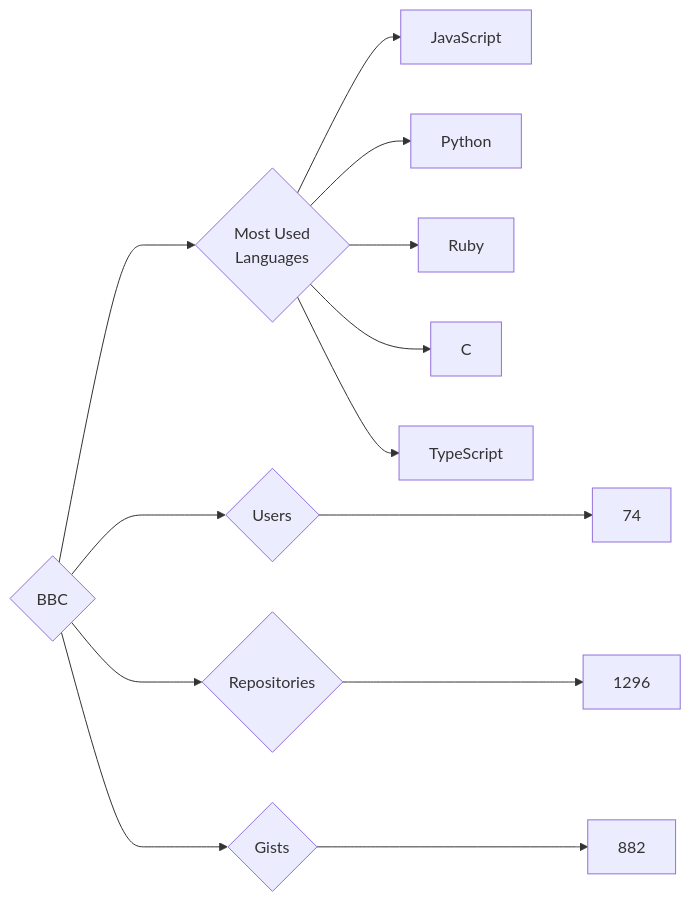
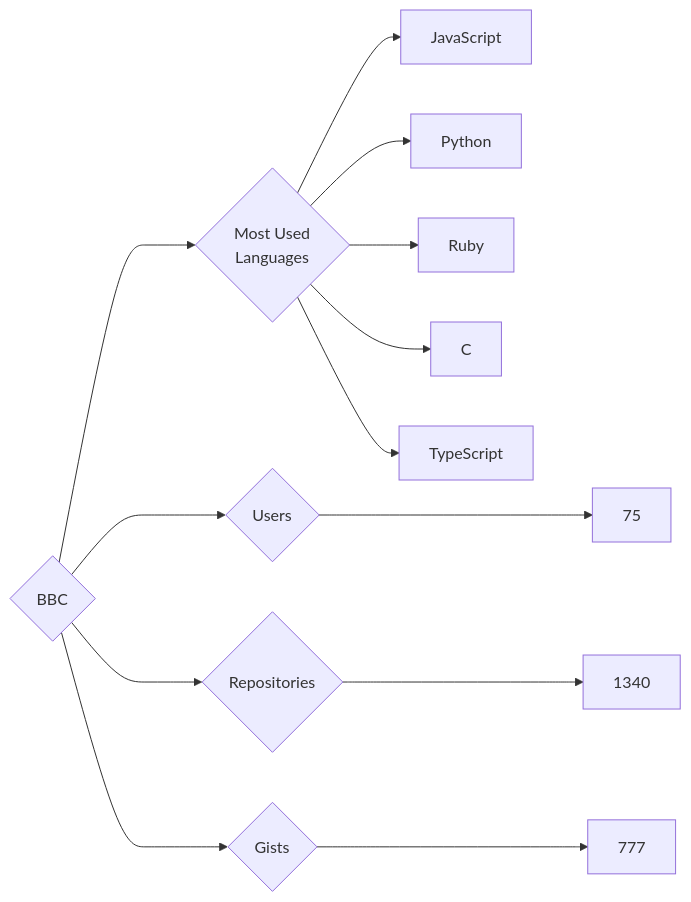
One commit to trickest/insiders changed the diagram in targets/BBC/README.md. Above: the diagram before and after it, drawn with Mermaid. The commit also changed 984 other files, not shown here.

````diff
--- a/targets/BBC/README.md
+++ b/targets/BBC/README.md
@@ -3,13 +3,13 @@
 ```mermaid
 graph LR
 COMPANY_NAME{BBC}
-COMPANY_NAME ---> U{Users} ---> UN[74]
-COMPANY_NAME ---> R{Repositories} ---> RN[1296]
-COMPANY_NAME ---> G{Gists} ---> GN[882]
+COMPANY_NAME ---> U{Users} ---> UN[75]
+COMPANY_NAME ---> R{Repositories} ---> RN[1340]
+COMPANY_NAME ---> G{Gists} ---> GN[777]
 COMPANY_NAME ---> ML{Most Used<br>Languages}
 ML --> JavaScript[JavaScript]
 ML --> Python[Python]
 ML --> Ruby[Ruby]
 ML --> C[C]
 ML --> TypeScript[TypeScript]
 ```
````
